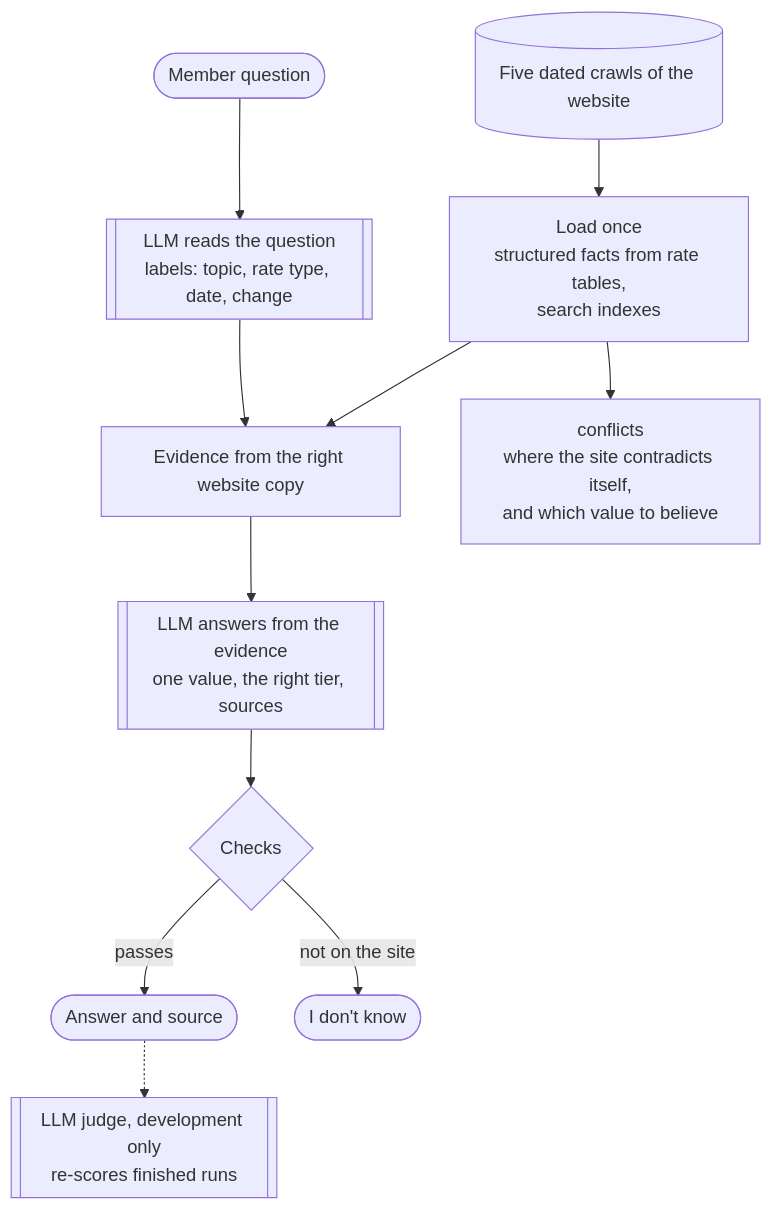
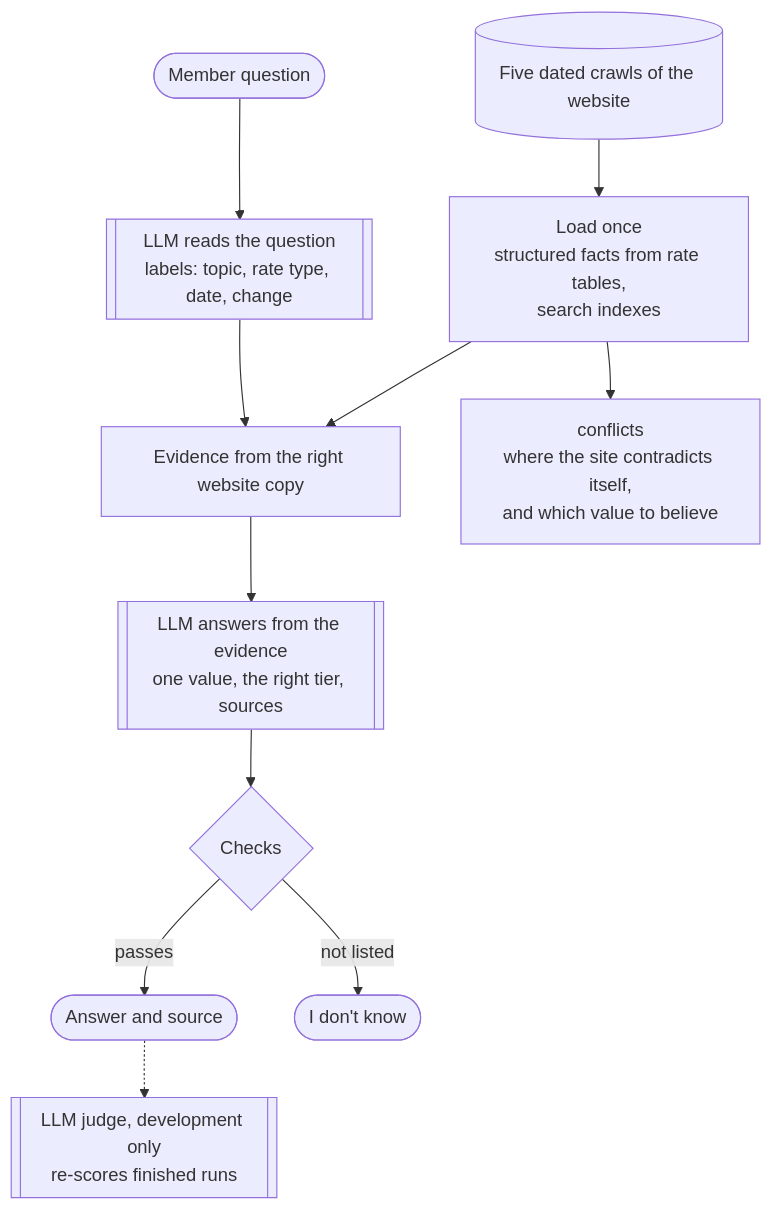
One commit to ajayp/interface-submission changed the diagram in README.md. Above: the diagram before and after it, drawn with Mermaid. The commit also changed 1 other file, not shown here.

Commit message:
Docs: shorten remaining Mermaid edge labels in workflow.md and README.md
Markdown only, no code changes. Follow-up to #19: shortens the remaining
edge labels to 11 characters or fewer so none clip in the preview.

workflow.md
- "some are missing" -> "missing"; "new vectors saved" -> "saved"
- "no key or error" -> "fails" (detail already in the node)
- "before 2026-05-12" -> "too old"; the date moves into the node text
- "no fact found" -> "no fact"; "no, fall back" -> "no"
- "two or more values" -> "2+ values"

README.md
- "not on the site" -> "not listed"

````diff
--- a/README.md
+++ b/README.md
@@ -43,13 +43,13 @@
 ```mermaid
 flowchart TD
     S[(Five dated crawls of the website)] --> L[Load once<br/>structured facts from rate tables,<br/>search indexes]
     Q([Member question]) --> U[[LLM reads the question<br/>labels: topic, rate type, date, change]]
     L --> E[Evidence from the right website copy]
     U --> E
     E --> A[[LLM answers from the evidence<br/>one value, the right tier, sources]]
     A --> C{Checks}
     C -- passes --> R([Answer and source])
-    C -- not on the site --> N([I don't know])
+    C -- not listed --> N([I don't know])
     L --> X[conflicts<br/>where the site contradicts itself,<br/>and which value to believe]
     R -.-> J[[LLM judge, development only<br/>re-scores finished runs]]
 ```
````
